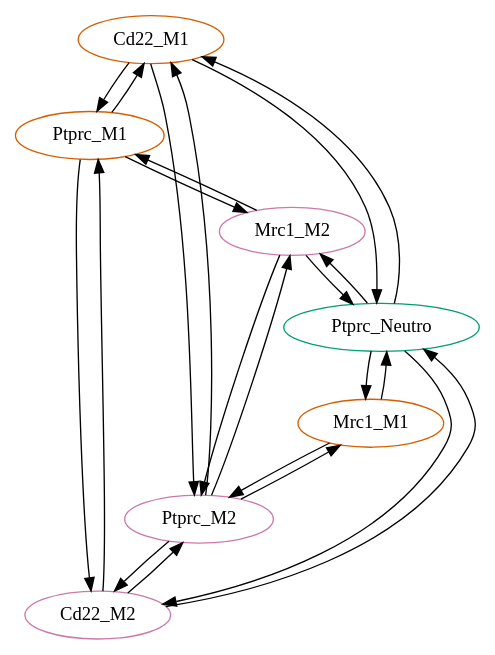
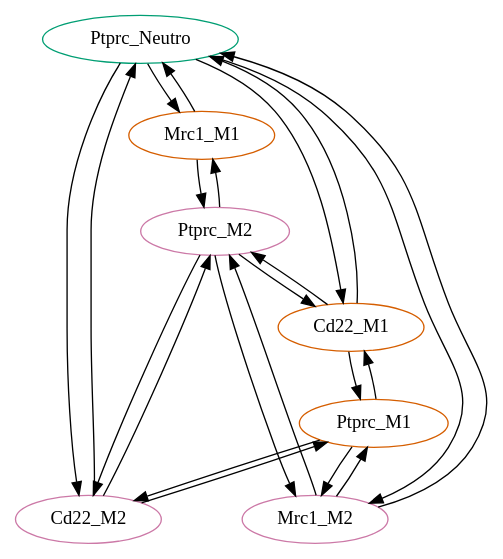
One commit to LeGrand-Lab/BulkAnalysis_plusNetwork changed the diagram in networks_explore/properties/dir_compo_D2_b.dot. Above: the diagram before and after it, drawn with Graphviz. The commit also changed other lines of this file and 7 other files, not shown here.

```diff
--- a/networks_explore/properties/dir_compo_D2_b.dot
+++ b/networks_explore/properties/dir_compo_D2_b.dot
@@ -1,103 +1,103 @@
 strict digraph "" {
+	Ptprc_Neutro	[averagexp=0.4487843260954031,
+		celltype=Neutro,
+		color="#009E73",
+		genesym=Ptprc,
+		nodetype=receiver];
+	Mrc1_M1	[averagexp=0.3391578112862415,
+		celltype=M1,
+		color="#D55E00",
+		genesym=Mrc1,
+		nodetype=sender];
+	Ptprc_Neutro -> Mrc1_M1	[ecolor="#009E73",
+		origtype=Ptprc_Neutro,
+		weight=0.1522087097780878];
+	Cd22_M2	[averagexp=0.5015080223550378,
+		celltype=M2,
+		color="#CC79A7",
+		genesym=Cd22,
+		nodetype=sender];
+	Ptprc_Neutro -> Cd22_M2	[ecolor="#009E73",
+		origtype=Ptprc_Neutro,
+		weight=0.22506893984404397];
+	Mrc1_M2	[averagexp=0.4414898137371655,
+		celltype=M2,
+		color="#CC79A7",
+		genesym=Mrc1,
+		nodetype=sender];
+	Ptprc_Neutro -> Mrc1_M2	[ecolor="#009E73",
+		origtype=Ptprc_Neutro,
+		weight=0.1981337085360189];
 	Cd22_M1	[averagexp=0.4629603708903243,
 		celltype=M1,
 		color="#D55E00",
 		genesym=Cd22,
 		nodetype=sender];
+	Ptprc_Neutro -> Cd22_M1	[ecolor="#009E73",
+		origtype=Ptprc_Neutro,
+		weight=0.2077693580588921];
+	Mrc1_M1 -> Ptprc_Neutro	[ecolor="#D55E00",
+		origtype=Mrc1_M1,
+		weight=0.1522087097780878];
+	Ptprc_M2	[averagexp=0.3083251953520915,
+		celltype=M2,
+		color="#CC79A7",
+		genesym=Ptprc,
+		nodetype=receiver];
+	Mrc1_M1 -> Ptprc_M2	[ecolor="#D55E00",
+		origtype=Mrc1_M1,
+		weight=0.1045708984200182];
+	Cd22_M2 -> Ptprc_Neutro	[ecolor="#CC79A7",
+		origtype=Cd22_M2,
+		weight=0.22506893984404397];
+	Cd22_M2 -> Ptprc_M2	[ecolor="#CC79A7",
+		origtype=Cd22_M2,
+		weight=0.1546275589632581];
 	Ptprc_M1	[averagexp=0.2426669593764425,
 		celltype=M1,
 		color="#D55E00",
 		genesym=Ptprc,
 		nodetype=receiver];
+	Cd22_M2 -> Ptprc_M1	[ecolor="#CC79A7",
+		origtype=Cd22_M2,
+		weight=0.12169942688779001];
+	Mrc1_M2 -> Ptprc_Neutro	[ecolor="#CC79A7",
+		origtype=Mrc1_M2,
+		weight=0.1981337085360189];
+	Mrc1_M2 -> Ptprc_M2	[ecolor="#CC79A7",
+		origtype=Mrc1_M2,
+		weight=0.13612243306647];
+	Mrc1_M2 -> Ptprc_M1	[ecolor="#CC79A7",
+		origtype=Mrc1_M2,
+		weight=0.1071349906952699];
+	Cd22_M1 -> Ptprc_Neutro	[ecolor="#D55E00",
+		origtype=Cd22_M1,
+		weight=0.2077693580588921];
+	Cd22_M1 -> Ptprc_M2	[ecolor="#D55E00",
+		origtype=Cd22_M1,
+		weight=0.142742346795036];
 	Cd22_M1 -> Ptprc_M1	[ecolor="#D55E00",
 		origtype=Cd22_M1,
 		weight=0.1123451855157451];
-	Ptprc_M2	[averagexp=0.3083251953520915,
-		celltype=M2,
-		color="#CC79A7",
-		genesym=Ptprc,
-		nodetype=receiver];
-	Cd22_M1 -> Ptprc_M2	[ecolor="#D55E00",
-		origtype=Cd22_M1,
-		weight=0.142742346795036];
-	Ptprc_Neutro	[averagexp=0.4487843260954031,
-		celltype=Neutro,
-		color="#009E73",
-		genesym=Ptprc,
-		nodetype=receiver];
-	Cd22_M1 -> Ptprc_Neutro	[ecolor="#D55E00",
-		origtype=Cd22_M1,
-		weight=0.2077693580588921];
-	Ptprc_M1 -> Cd22_M1	[ecolor="#D55E00",
-		origtype=Ptprc_M1,
-		weight=0.1123451855157451];
-	Cd22_M2	[averagexp=0.5015080223550378,
-		celltype=M2,
-		color="#CC79A7",
-		genesym=Cd22,
-		nodetype=sender];
-	Ptprc_M1 -> Cd22_M2	[ecolor="#D55E00",
-		origtype=Ptprc_M1,
-		weight=0.12169942688779001];
-	Mrc1_M2	[averagexp=0.4414898137371655,
-		celltype=M2,
-		color="#CC79A7",
-		genesym=Mrc1,
-		nodetype=sender];
-	Ptprc_M1 -> Mrc1_M2	[ecolor="#D55E00",
-		origtype=Ptprc_M1,
-		weight=0.1071349906952699];
-	Ptprc_M2 -> Cd22_M1	[ecolor="#CC79A7",
+	Ptprc_M2 -> Mrc1_M1	[ecolor="#CC79A7",
 		origtype=Ptprc_M2,
-		weight=0.142742346795036];
+		weight=0.1045708984200182];
 	Ptprc_M2 -> Cd22_M2	[ecolor="#CC79A7",
 		origtype=Ptprc_M2,
 		weight=0.1546275589632581];
 	Ptprc_M2 -> Mrc1_M2	[ecolor="#CC79A7",
 		origtype=Ptprc_M2,
 		weight=0.13612243306647];
-	Mrc1_M1	[averagexp=0.3391578112862415,
-		celltype=M1,
-		color="#D55E00",
-		genesym=Mrc1,
-		nodetype=sender];
-	Ptprc_M2 -> Mrc1_M1	[ecolor="#CC79A7",
+	Ptprc_M2 -> Cd22_M1	[ecolor="#CC79A7",
 		origtype=Ptprc_M2,
-		weight=0.1045708984200182];
-	Ptprc_Neutro -> Cd22_M1	[ecolor="#009E73",
-		origtype=Ptprc_Neutro,
-		weight=0.2077693580588921];
-	Ptprc_Neutro -> Cd22_M2	[ecolor="#009E73",
-		origtype=Ptprc_Neutro,
-		weight=0.22506893984404397];
-	Ptprc_Neutro -> Mrc1_M2	[ecolor="#009E73",
-		origtype=Ptprc_Neutro,
-		weight=0.1981337085360189];
-	Ptprc_Neutro -> Mrc1_M1	[ecolor="#009E73",
-		origtype=Ptprc_Neutro,
-		weight=0.1522087097780878];
-	Cd22_M2 -> Ptprc_M1	[ecolor="#CC79A7",
-		origtype=Cd22_M2,
+		weight=0.142742346795036];
+	Ptprc_M1 -> Cd22_M2	[ecolor="#D55E00",
+		origtype=Ptprc_M1,
 		weight=0.12169942688779001];
-	Cd22_M2 -> Ptprc_M2	[ecolor="#CC79A7",
-		origtype=Cd22_M2,
-		weight=0.1546275589632581];
-	Cd22_M2 -> Ptprc_Neutro	[ecolor="#CC79A7",
-		origtype=Cd22_M2,
-		weight=0.22506893984404397];
-	Mrc1_M2 -> Ptprc_M1	[ecolor="#CC79A7",
-		origtype=Mrc1_M2,
+	Ptprc_M1 -> Mrc1_M2	[ecolor="#D55E00",
+		origtype=Ptprc_M1,
 		weight=0.1071349906952699];
-	Mrc1_M2 -> Ptprc_M2	[ecolor="#CC79A7",
-		origtype=Mrc1_M2,
-		weight=0.13612243306647];
-	Mrc1_M2 -> Ptprc_Neutro	[ecolor="#CC79A7",
-		origtype=Mrc1_M2,
-		weight=0.1981337085360189];
-	Mrc1_M1 -> Ptprc_M2	[ecolor="#D55E00",
-		origtype=Mrc1_M1,
-		weight=0.1045708984200182];
-	Mrc1_M1 -> Ptprc_Neutro	[ecolor="#D55E00",
-		origtype=Mrc1_M1,
-		weight=0.1522087097780878];
+	Ptprc_M1 -> Cd22_M1	[ecolor="#D55E00",
+		origtype=Ptprc_M1,
+		weight=0.1123451855157451];
 }
```
